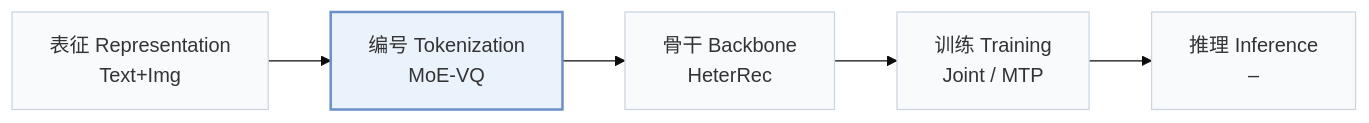
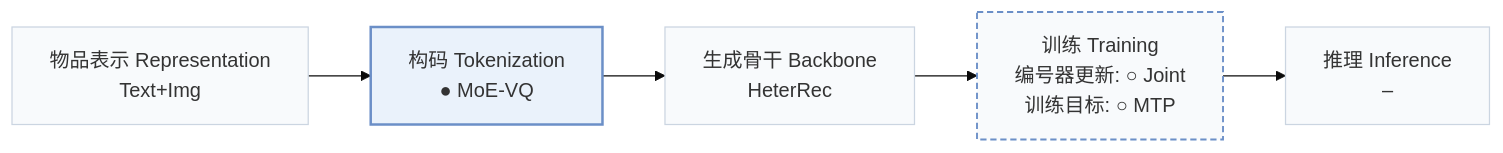
Before and after one commit to Galaxy-ghost/Awesome-SID-Generative-Rec: the first of 2 diagrams in pages/zh/papers/mmq.md, drawn with Mermaid (base theme). The commit also changed other lines of this file and 558 other files, not shown here.

````diff
--- a/pages/zh/papers/mmq.md
+++ b/pages/zh/papers/mmq.md
@@ -15,8 +18,10 @@
 ```mermaid
 flowchart LR
-    R["表征 Representation<br/>Text+Img"] --> T["编号 Tokenization<br/>MoE-VQ"] --> B["骨干 Backbone<br/>HeterRec"] --> TR["训练 Training<br/>Joint / MTP"] --> I["推理 Inference<br/>–"]
+    R["物品表示 Representation<br/>Text+Img"] --> T["构码 Tokenization<br/>● MoE-VQ"] --> B["生成骨干 Backbone<br/>HeterRec"] --> TR["训练 Training<br/>编号器更新: ○ Joint<br/>训练目标: ○ MTP"] --> I["推理 Inference<br/>–"]
     classDef base fill:#f8fafc,stroke:#cbd5e1
     class R,T,B,TR,I base
+    classDef other fill:#f8fafc,stroke:#6b8fc7,stroke-width:1.5px,stroke-dasharray:5 3
+    class TR other
     classDef main fill:#eaf2fb,stroke:#6b8fc7,stroke-width:2px
     class T main
 ```
````
